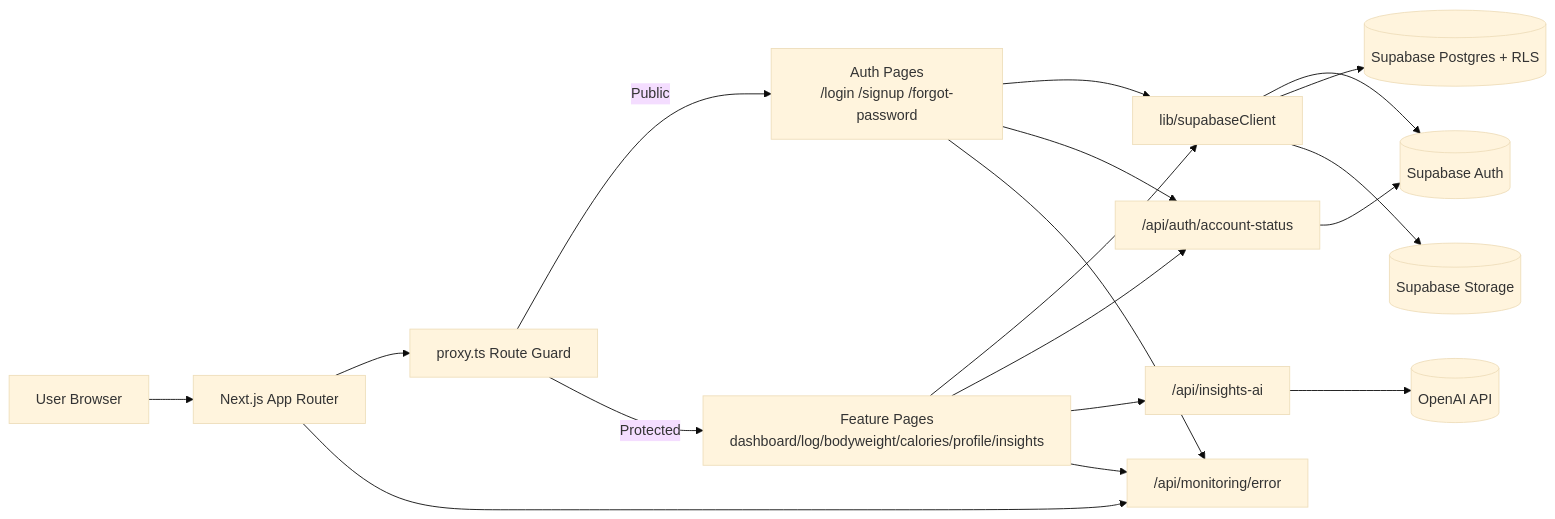
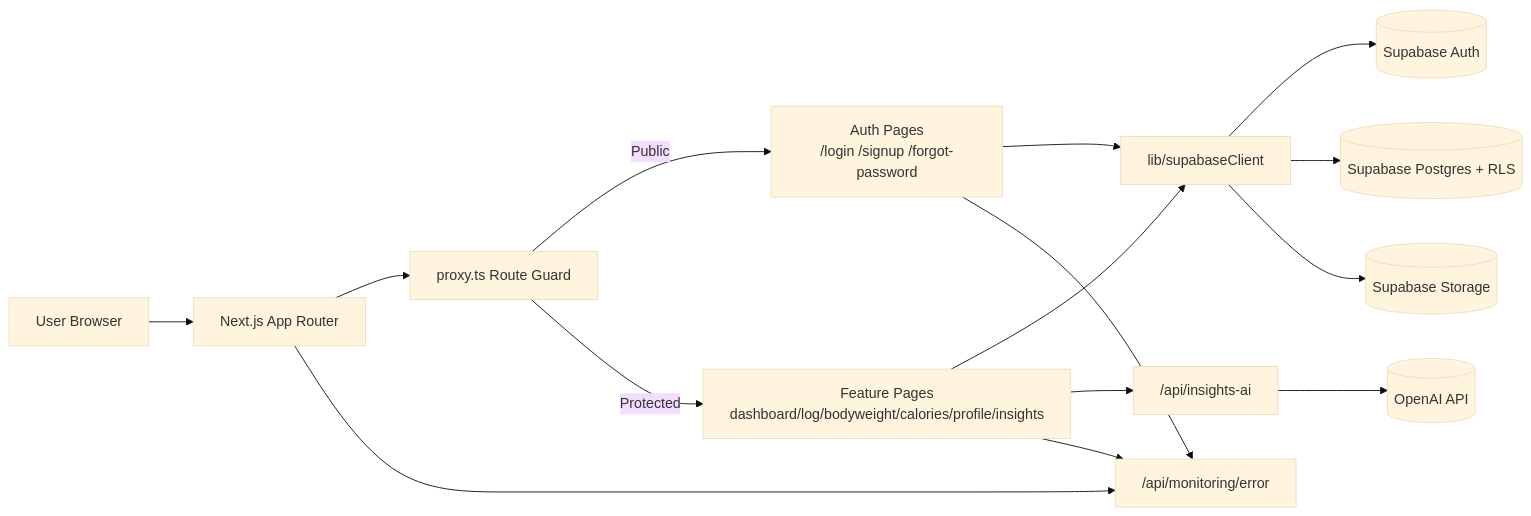
The diagram in README.md (bibeshpyakurel/Trainlytics), drawn with Mermaid (base theme) before and after one commit. The commit also changed other lines of this file and 22 other files, not shown here.

````diff
--- a/README.md
+++ b/README.md
@@ -95,23 +95,20 @@
 ```mermaid
 flowchart LR
   U[User Browser] --> N[Next.js App Router]
   N --> P[proxy.ts Route Guard]
   P -->|Public| A[Auth Pages<br/>/login /signup /forgot-password]
   P -->|Protected| F[Feature Pages<br/>dashboard/log/bodyweight/calories/profile/insights]
 
   A --> SC[lib/supabaseClient]
   F --> SC
   SC --> SA[(Supabase Auth)]
   SC --> SD[(Supabase Postgres + RLS)]
   SC --> SS[(Supabase Storage)]
 
-  F --> API1["/api/auth/account-status"]
   F --> API2["/api/insights-ai"]
-  A --> API1
-  API1 --> SA
   API2 --> OAI[(OpenAI API)]
 
   N --> MON["/api/monitoring/error"]
   A --> MON
   F --> MON
 ```
````
